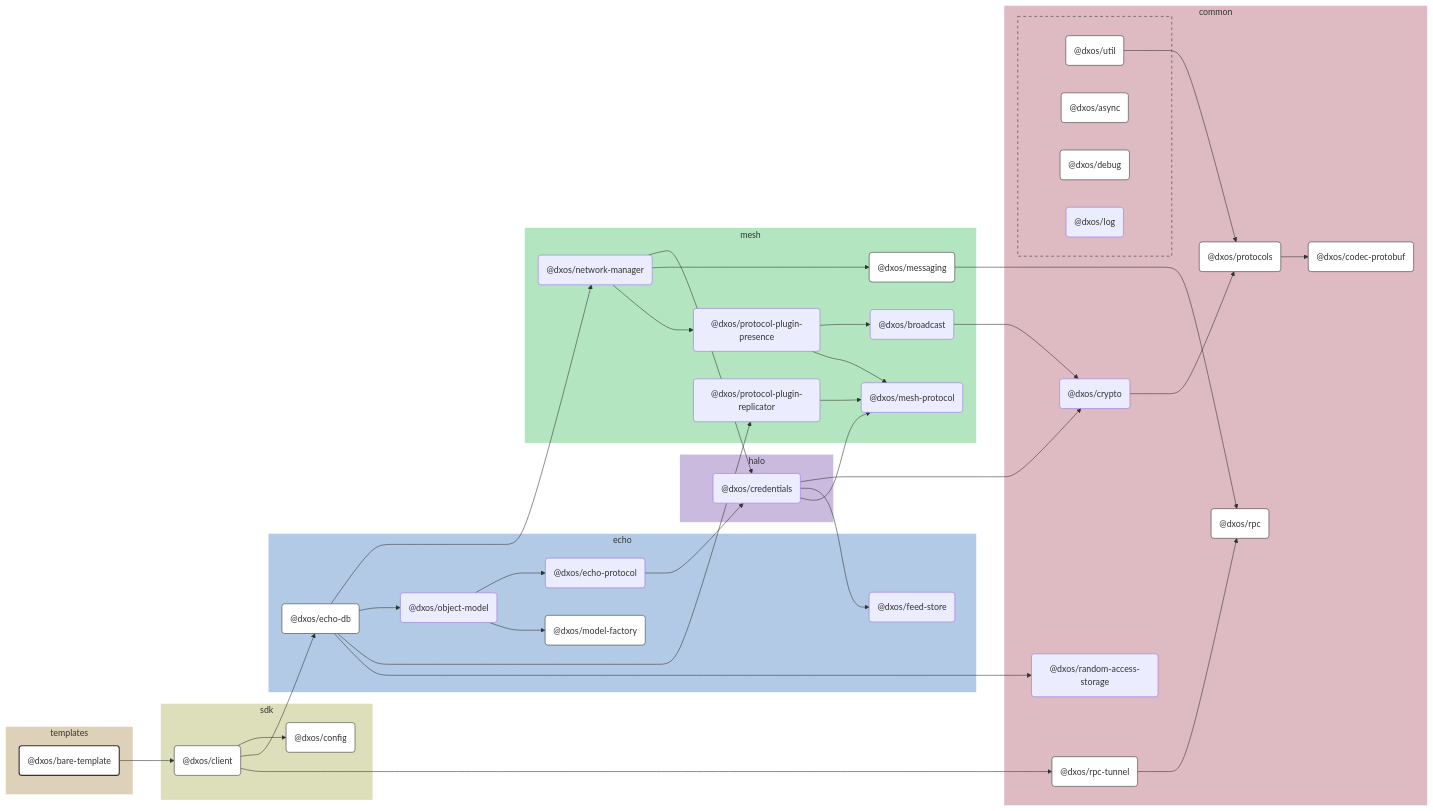
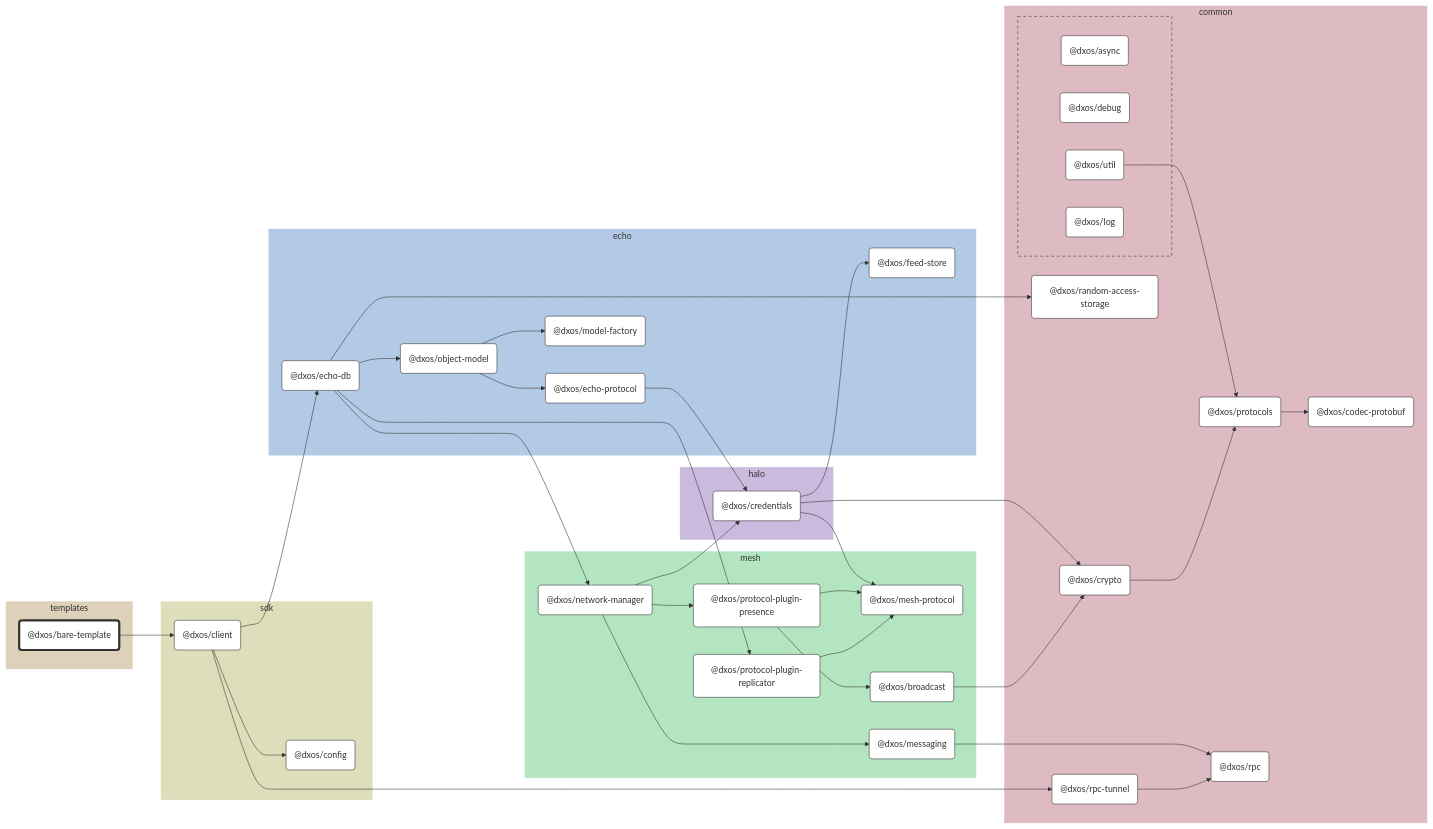
One commit to dxos/dxos changed the diagram in apps/templates/bare/docs/README.md. Above: the diagram before and after it, drawn with Mermaid. The commit also changed other lines of this file and 104 other files, not shown here.

````diff
--- a/apps/templates/bare/docs/README.md
+++ b/apps/templates/bare/docs/README.md
@@ -9,127 +9,116 @@
 
 flowchart LR
 
-%% Links
-dxos/bare-template --> dxos/client;
-dxos/broadcast --> dxos/crypto;
-dxos/client --> dxos/config;
-dxos/client --> dxos/echo-db;
-dxos/client --> dxos/rpc-tunnel;
-dxos/credentials --> dxos/crypto;
-dxos/credentials --> dxos/feed-store;
-dxos/credentials --> dxos/mesh-protocol;
-dxos/crypto --> dxos/protocols;
-dxos/echo-db --> dxos/network-manager;
-dxos/echo-db --> dxos/object-model;
-dxos/echo-db --> dxos/protocol-plugin-replicator;
-dxos/echo-db --> dxos/random-access-storage;
-dxos/echo-protocol --> dxos/credentials;
-dxos/messaging --> dxos/rpc;
-dxos/network-manager --> dxos/credentials;
-dxos/network-manager --> dxos/messaging;
-dxos/network-manager --> dxos/protocol-plugin-presence;
-dxos/object-model --> dxos/echo-protocol;
-dxos/object-model --> dxos/model-factory;
-dxos/protocol-plugin-presence --> dxos/broadcast;
-dxos/protocol-plugin-presence --> dxos/mesh-protocol;
-dxos/protocol-plugin-replicator --> dxos/mesh-protocol;
-dxos/protocols --> dxos/codec-protobuf;
-dxos/rpc-tunnel --> dxos/rpc;
-dxos/util --> dxos/protocols;
+%% Classes
+classDef def fill:#fff,stroke:#333,stroke-width:1px
+classDef root fill:#fff,stroke:#333,stroke-width:4px
 
-%% Sections
-subgraph templates
-  style templates fill:#ded1ba,stroke:#fff;
+%% Nodes
 
-  dxos/bare-template("@dxos/bare-template")
+subgraph templates [templates]
+  style templates fill:#ded1ba,stroke:#fff
+  dxos/bare-template("@dxos/bare-template"):::root
+  click dxos/bare-template "dxos/dxos/tree/main/apps/templates/bare/docs"
 end
 
-subgraph sdk
-  style sdk fill:#dddeba,stroke:#fff;
-
-  dxos/client("@dxos/client")
-  dxos/config("@dxos/config")
+subgraph sdk [sdk]
+  style sdk fill:#dddeba,stroke:#fff
+  dxos/client("@dxos/client"):::def
+  click dxos/client "dxos/dxos/tree/main/packages/sdk/client/docs"
+  dxos/config("@dxos/config"):::def
+  click dxos/config "dxos/dxos/tree/main/packages/sdk/config/docs"
 end
 
-subgraph common
-  style common fill:#debac2,stroke:#fff;
-
-  dxos/codec-protobuf("@dxos/codec-protobuf")
-  dxos/crypto("@dxos/crypto")
-  dxos/protocols("@dxos/protocols")
-  dxos/random-access-storage("@dxos/random-access-storage")
-  dxos/rpc("@dxos/rpc")
-  dxos/rpc-tunnel("@dxos/rpc-tunnel")
+subgraph common [common]
+  style common fill:#debac2,stroke:#fff
+  dxos/codec-protobuf("@dxos/codec-protobuf"):::def
+  click dxos/codec-protobuf "dxos/dxos/tree/main/packages/common/codec-protobuf/docs"
+  dxos/protocols("@dxos/protocols"):::def
+  click dxos/protocols "dxos/dxos/tree/main/packages/common/protocols/docs"
+  dxos/crypto("@dxos/crypto"):::def
+  click dxos/crypto "dxos/dxos/tree/main/packages/common/crypto/docs"
+  dxos/rpc("@dxos/rpc"):::def
+  click dxos/rpc "dxos/dxos/tree/main/packages/common/rpc/docs"
+  dxos/random-access-storage("@dxos/random-access-storage"):::def
+  click dxos/random-access-storage "dxos/dxos/tree/main/packages/common/random-access-storage/docs"
+  dxos/rpc-tunnel("@dxos/rpc-tunnel"):::def
+  click dxos/rpc-tunnel "dxos/dxos/tree/main/packages/common/rpc-tunnel/docs"
 
   subgraph common-excluded [ ]
-    style common-excluded fill:#debac2,stroke:#333,stroke-dasharray:5 5;
-
-    dxos/async("@dxos/async")
-    dxos/debug("@dxos/debug")
-    dxos/log("@dxos/log")
-    dxos/util("@dxos/util")
+    style common-excluded fill:#debac2,stroke:#333,stroke-dasharray:5 5
+    dxos/async("@dxos/async"):::def
+    click dxos/async "dxos/dxos/tree/main/packages/common/async/docs"
+    dxos/debug("@dxos/debug"):::def
+    click dxos/debug "dxos/dxos/tree/main/packages/common/debug/docs"
+    dxos/util("@dxos/util"):::def
+    click dxos/util "dxos/dxos/tree/main/packages/common/util/docs"
+    dxos/log("@dxos/log"):::def
+    click dxos/log "dxos/dxos/tree/main/packages/common/log/docs"
   end
 end
 
-subgraph echo
-  style echo fill:#b3cae6,stroke:#fff;
-
-  dxos/echo-db("@dxos/echo-db")
-  dxos/echo-protocol("@dxos/echo-protocol")
-  dxos/feed-store("@dxos/feed-store")
-  dxos/model-factory("@dxos/model-factory")
-  dxos/object-model("@dxos/object-model")
+subgraph echo [echo]
+  style echo fill:#b3cae6,stroke:#fff
+  dxos/echo-db("@dxos/echo-db"):::def
+  click dxos/echo-db "dxos/dxos/tree/main/packages/echo/echo-db/docs"
+  dxos/feed-store("@dxos/feed-store"):::def
+  click dxos/feed-store "dxos/dxos/tree/main/packages/echo/feed-store/docs"
+  dxos/echo-protocol("@dxos/echo-protocol"):::def
+  click dxos/echo-protocol "dxos/dxos/tree/main/packages/echo/echo-protocol/docs"
+  dxos/model-factory("@dxos/model-factory"):::def
+  click dxos/model-factory "dxos/dxos/tree/main/packages/echo/model-factory/docs"
+  dxos/object-model("@dxos/object-model"):::def
+  click dxos/object-model "dxos/dxos/tree/main/packages/echo/object-model/docs"
 end
 
-subgraph halo
-  style halo fill:#cabade,stroke:#fff;
-
-  dxos/credentials("@dxos/credentials")
+subgraph halo [halo]
+  style halo fill:#cabade,stroke:#fff
+  dxos/credentials("@dxos/credentials"):::def
+  click dxos/credentials "dxos/dxos/tree/main/packages/halo/credentials/docs"
 end
 
-subgraph mesh
-  style mesh fill:#b3e6c0,stroke:#fff;
-
-  dxos/broadcast("@dxos/broadcast")
-  dxos/mesh-protocol("@dxos/mesh-protocol")
-  dxos/messaging("@dxos/messaging")
-  dxos/network-manager("@dxos/network-manager")
-  dxos/protocol-plugin-presence("@dxos/protocol-plugin-presence")
-  dxos/protocol-plugin-replicator("@dxos/protocol-plugin-replicator")
+subgraph mesh [mesh]
+  style mesh fill:#b3e6c0,stroke:#fff
+  dxos/mesh-protocol("@dxos/mesh-protocol"):::def
+  click dxos/mesh-protocol "dxos/dxos/tree/main/packages/mesh/mesh-protocol/docs"
+  dxos/messaging("@dxos/messaging"):::def
+  click dxos/messaging "dxos/dxos/tree/main/packages/mesh/messaging/docs"
+  dxos/network-manager("@dxos/network-manager"):::def
+  click dxos/network-manager "dxos/dxos/tree/main/packages/mesh/network-manager/docs"
+  dxos/protocol-plugin-presence("@dxos/protocol-plugin-presence"):::def
+  click dxos/protocol-plugin-presence "dxos/dxos/tree/main/packages/mesh/protocol-plugin-presence/docs"
+  dxos/broadcast("@dxos/broadcast"):::def
+  click dxos/broadcast "dxos/dxos/tree/main/packages/mesh/broadcast/docs"
+  dxos/protocol-plugin-replicator("@dxos/protocol-plugin-replicator"):::def
+  click dxos/protocol-plugin-replicator "dxos/dxos/tree/main/packages/mesh/protocol-plugin-replicator/docs"
 end
 
-
-%% Hyperlinks
-click dxos/async "dxos/dxos/tree/main/packages/common/async/docs";
-click dxos/client "dxos/dxos/tree/main/packages/sdk/client/docs";
-click dxos/codec-protobuf "dxos/dxos/tree/main/packages/common/codec-protobuf/docs";
-click dxos/config "dxos/dxos/tree/main/packages/sdk/config/docs";
-click dxos/debug "dxos/dxos/tree/main/packages/common/debug/docs";
-click dxos/echo-db "dxos/dxos/tree/main/packages/echo/echo-db/docs";
-click dxos/messaging "dxos/dxos/tree/main/packages/mesh/messaging/docs";
-click dxos/model-factory "dxos/dxos/tree/main/packages/echo/model-factory/docs";
-click dxos/protocols "dxos/dxos/tree/main/packages/common/protocols/docs";
-click dxos/rpc "dxos/dxos/tree/main/packages/common/rpc/docs";
-click dxos/rpc-tunnel "dxos/dxos/tree/main/packages/common/rpc-tunnel/docs";
-click dxos/util "dxos/dxos/tree/main/packages/common/util/docs";
-
-%% Styles
-classDef rootNode fill:#fff,stroke:#333,stroke-width:2px
-classDef defaultNode fill:#fff,stroke:#333,stroke-width:1px
+%% Links
 linkStyle default stroke:#333,stroke-width:1px
-
-dxos/bare-template:::rootNode
-
-dxos/async:::defaultNode
-dxos/client:::defaultNode
-dxos/codec-protobuf:::defaultNode
-dxos/config:::defaultNode
-dxos/debug:::defaultNode
-dxos/echo-db:::defaultNode
-dxos/messaging:::defaultNode
-dxos/model-factory:::defaultNode
-dxos/protocols:::defaultNode
-dxos/rpc:::defaultNode
-dxos/rpc-tunnel:::defaultNode
-dxos/util:::defaultNode
+dxos/bare-template --> dxos/client
+dxos/client --> dxos/config
+dxos/protocols --> dxos/codec-protobuf
+dxos/util --> dxos/protocols
+dxos/client --> dxos/echo-db
+dxos/credentials --> dxos/crypto
+dxos/crypto --> dxos/protocols
+dxos/credentials --> dxos/feed-store
+dxos/credentials --> dxos/mesh-protocol
+dxos/echo-protocol --> dxos/credentials
+dxos/messaging --> dxos/rpc
+dxos/echo-db --> dxos/network-manager
+dxos/network-manager --> dxos/credentials
+dxos/network-manager --> dxos/messaging
+dxos/network-manager --> dxos/protocol-plugin-presence
+dxos/protocol-plugin-presence --> dxos/broadcast
+dxos/broadcast --> dxos/crypto
+dxos/protocol-plugin-presence --> dxos/mesh-protocol
+dxos/echo-db --> dxos/object-model
+dxos/object-model --> dxos/echo-protocol
+dxos/object-model --> dxos/model-factory
+dxos/echo-db --> dxos/protocol-plugin-replicator
+dxos/protocol-plugin-replicator --> dxos/mesh-protocol
+dxos/echo-db --> dxos/random-access-storage
+dxos/client --> dxos/rpc-tunnel
+dxos/rpc-tunnel --> dxos/rpc
 ```
````
